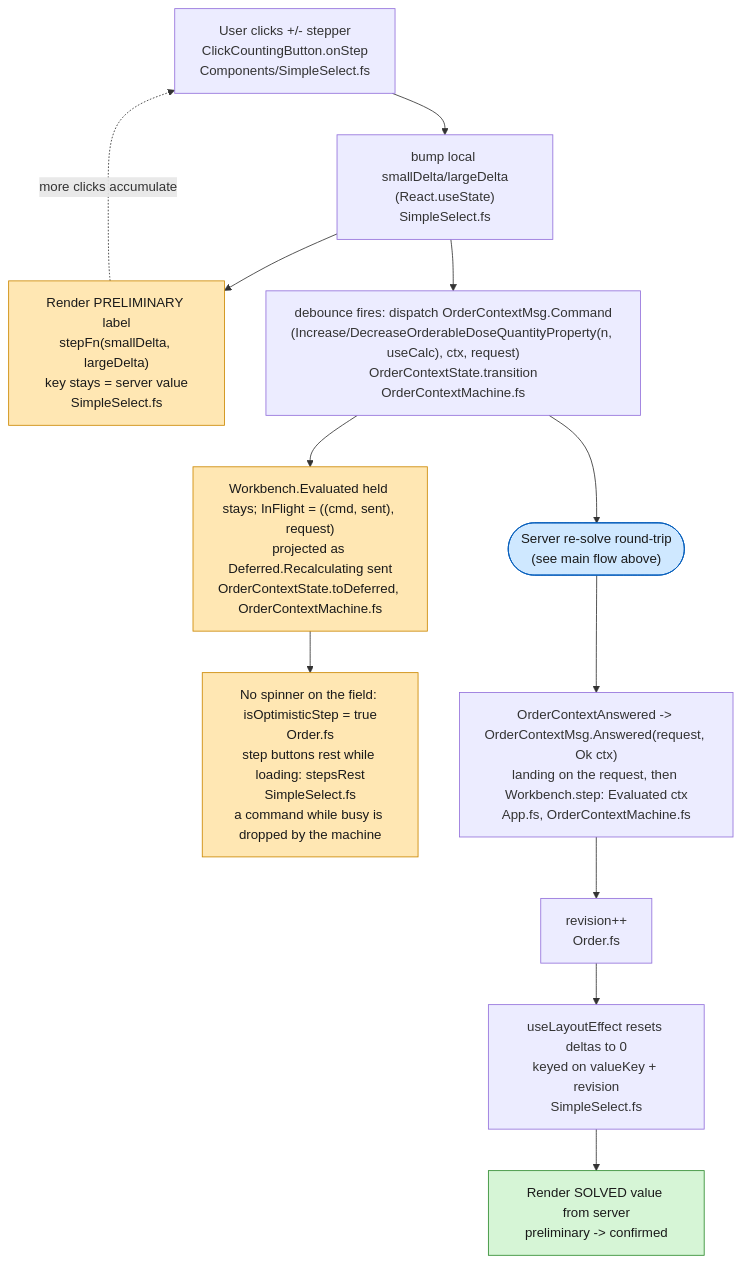
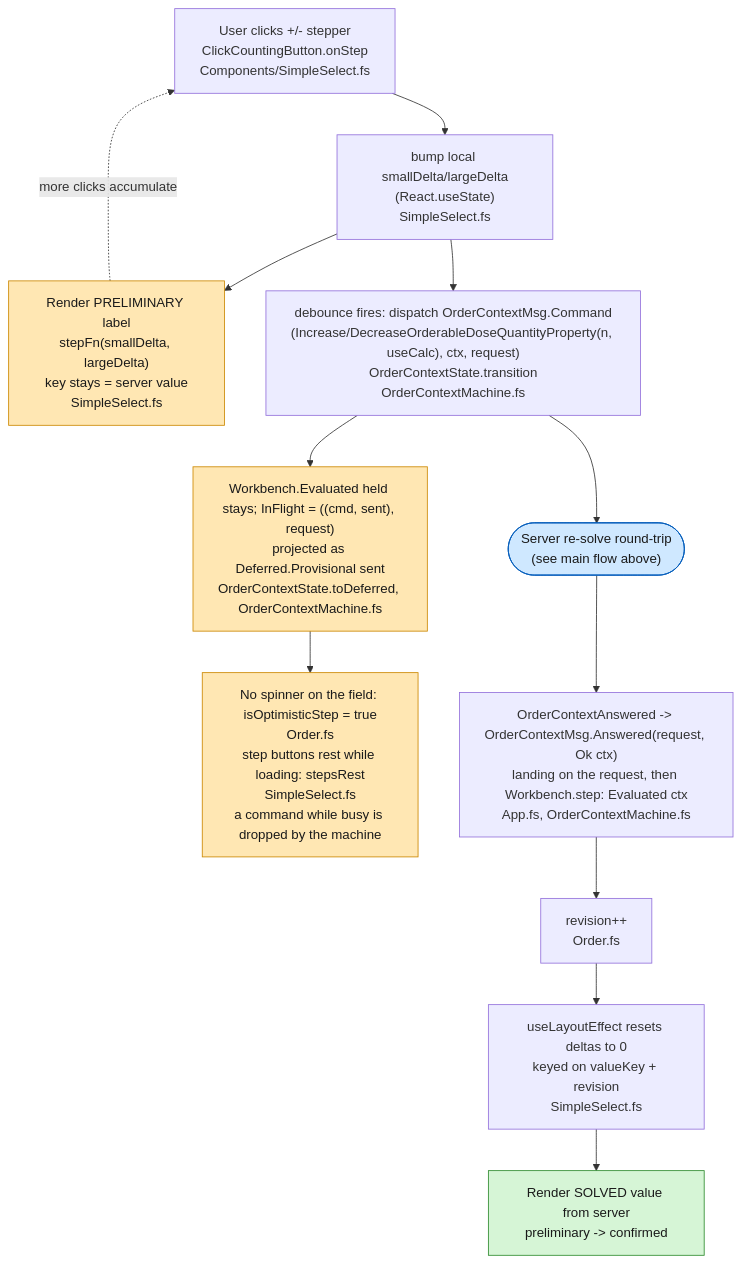
Before and after one commit to informedica/GenPRES: the second of 2 diagrams in docs/domain/dose-quantity-stepping-flow.md, drawn with Mermaid. The commit also changed other lines of this file and 12 other files, not shown here.

First line of the commit message:
refactor(client): Deferred.Recalculating renamed Provisional

````diff
--- a/docs/domain/dose-quantity-stepping-flow.md
+++ b/docs/domain/dose-quantity-stepping-flow.md
@@ -61,28 +61,28 @@
 ```mermaid
 flowchart TD
     CLICK["User clicks +/- stepper<br/>ClickCountingButton.onStep<br/>Components/SimpleSelect.fs"]
     DELTA["bump local smallDelta/largeDelta<br/>(React.useState)<br/>SimpleSelect.fs"]
     PRELIM["Render PRELIMINARY label<br/>stepFn(smallDelta, largeDelta)<br/>key stays = server value<br/>SimpleSelect.fs"]
     DISPATCH["debounce fires: dispatch OrderContextMsg.Command<br/>(Increase/DecreaseOrderableDoseQuantityProperty(n, useCalc), ctx, request)<br/>OrderContextState.transition<br/>OrderContextMachine.fs"]
 
-    REC["Workbench.Evaluated held stays; InFlight = ((cmd, sent), request)<br/>projected as Deferred.Recalculating sent<br/>OrderContextState.toDeferred, OrderContextMachine.fs"]
+    REC["Workbench.Evaluated held stays; InFlight = ((cmd, sent), request)<br/>projected as Deferred.Provisional sent<br/>OrderContextState.toDeferred, OrderContextMachine.fs"]
     KEEP["No spinner on the field: isOptimisticStep = true<br/>Order.fs<br/>step buttons rest while loading: stepsRest<br/>SimpleSelect.fs<br/>a command while busy is dropped by the machine"]
 
     SERVER(["Server re-solve round-trip<br/>(see main flow above)"])
 
     DONE["OrderContextAnswered -> OrderContextMsg.Answered(request, Ok ctx)<br/>landing on the request, then Workbench.step: Evaluated ctx<br/>App.fs, OrderContextMachine.fs"]
     BUMP["revision++<br/>Order.fs"]
     RESET["useLayoutEffect resets deltas to 0<br/>keyed on valueKey + revision<br/>SimpleSelect.fs"]
     FINAL["Render SOLVED value from server<br/>preliminary -> confirmed"]
 
     CLICK --> DELTA --> PRELIM
     DELTA --> DISPATCH --> REC --> KEEP
     PRELIM -. "more clicks accumulate" .-> CLICK
     DISPATCH --> SERVER --> DONE --> BUMP --> RESET --> FINAL
 
     style PRELIM fill:#ffe7b3,stroke:#cc8800,color:#1a1a1a
     style REC fill:#ffe7b3,stroke:#cc8800,color:#1a1a1a
     style KEEP fill:#ffe7b3,stroke:#cc8800,color:#1a1a1a
     style FINAL fill:#d6f5d6,stroke:#2e8b2e,color:#1a1a1a
     style SERVER fill:#cfe8ff,stroke:#005bbb,color:#1a1a1a
 ```
````
